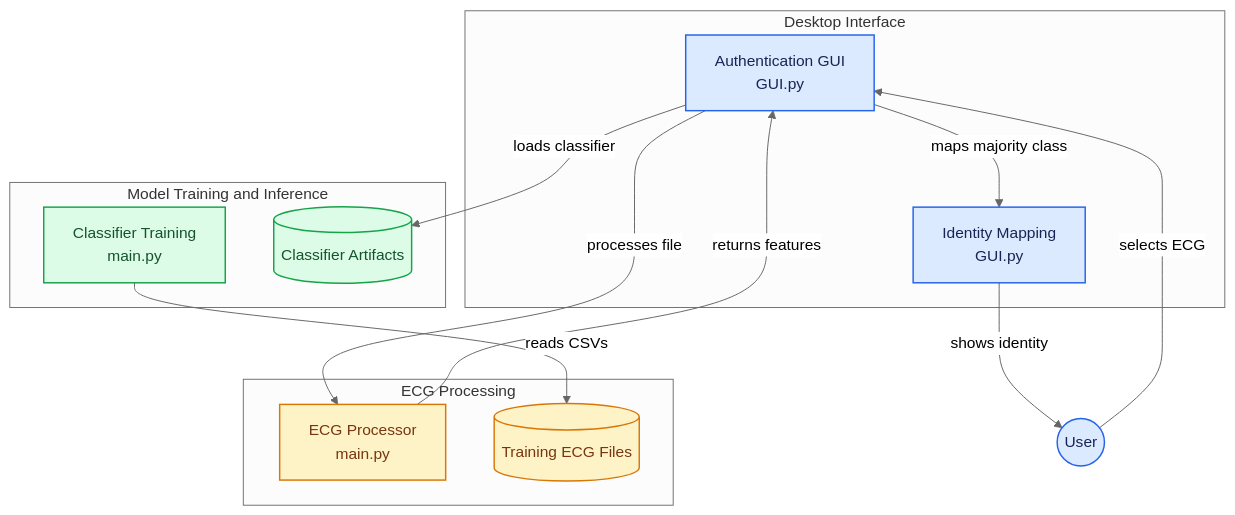
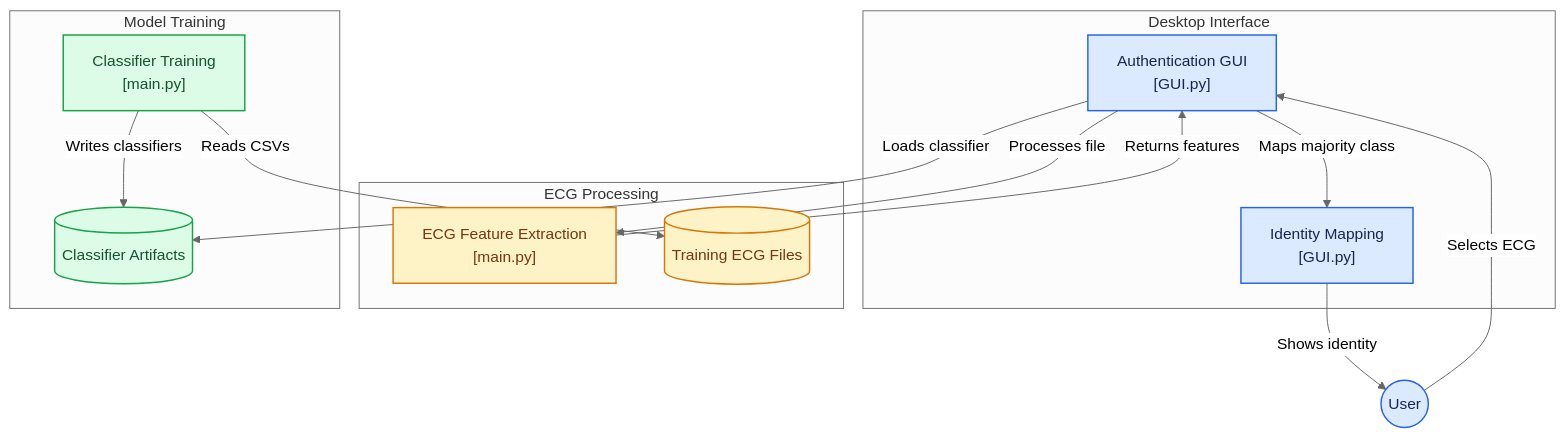
Before and after one commit to yassakamille/ECG_Personal_Info_lock: the diagram in README.md, drawn with Mermaid (neutral theme). The commit also changed other lines of this file, not shown here.

````diff
--- a/README.md
+++ b/README.md
@@ -7,47 +8,48 @@
 ```mermaid
 flowchart TD
 
 subgraph group_interface["Desktop Interface"]
-  node_gui["Authentication GUI<br/>GUI.py"]
-  node_identity["Identity Mapping<br/>GUI.py"]
+  node_gui["Authentication GUI<br/>[GUI.py]"]
+  node_identity["Identity Mapping<br/>[GUI.py]"]
 end
 
 subgraph group_signal["ECG Processing"]
-  node_processor["ECG Processor<br/>main.py"]
+  node_processor["ECG Feature Extraction<br/>[main.py]"]
   node_training_data[("Training ECG Files")]
 end
 
-subgraph group_learning["Model Training and Inference"]
-  node_training["Classifier Training<br/>main.py"]
+subgraph group_learning["Model Training"]
+  node_training["Classifier Training<br/>[main.py]"]
   node_models[("Classifier Artifacts")]
 end
 
 node_user(("User"))
 
-node_user -->|"selects ECG"| node_gui
-node_gui -->|"processes file"| node_processor
-node_processor -->|"returns features"| node_gui
-node_training -->|"reads CSVs"| node_training_data
-node_gui -->|"loads classifier"| node_models
-node_gui -->|"maps majority class"| node_identity
-node_identity -->|"shows identity"| node_user
+node_user -->|"Selects ECG"| node_gui
+node_gui -->|"Processes file"| node_processor
+node_processor -->|"Returns features"| node_gui
+node_gui -->|"Loads classifier"| node_models
+node_gui -->|"Maps majority class"| node_identity
+node_identity -->|"Shows identity"| node_user
+node_training -->|"Reads CSVs"| node_training_data
+node_training -->|"Writes classifiers"| node_models
 
 click node_gui "https://github.com/yassakamille/ecg_personal_info_lock/blob/main/GUI.py"
+click node_identity "https://github.com/yassakamille/ecg_personal_info_lock/blob/main/GUI.py"
 click node_processor "https://github.com/yassakamille/ecg_personal_info_lock/blob/main/main.py"
 click node_training_data "https://github.com/yassakamille/ecg_personal_info_lock/tree/main/data"
 click node_training "https://github.com/yassakamille/ecg_personal_info_lock/blob/main/main.py"
 click node_models "https://github.com/yassakamille/ecg_personal_info_lock/tree/main/models"
-click node_identity "https://github.com/yassakamille/ecg_personal_info_lock/blob/main/GUI.py"
 
 classDef toneNeutral fill:#f8fafc,stroke:#334155,stroke-width:1.5px,color:#0f172a
 classDef toneBlue fill:#dbeafe,stroke:#2563eb,stroke-width:1.5px,color:#172554
 classDef toneAmber fill:#fef3c7,stroke:#d97706,stroke-width:1.5px,color:#78350f
 classDef toneMint fill:#dcfce7,stroke:#16a34a,stroke-width:1.5px,color:#14532d
 classDef toneRose fill:#ffe4e6,stroke:#e11d48,stroke-width:1.5px,color:#881337
 classDef toneIndigo fill:#e0e7ff,stroke:#4f46e5,stroke-width:1.5px,color:#312e81
 classDef toneTeal fill:#ccfbf1,stroke:#0f766e,stroke-width:1.5px,color:#134e4a
 
 class node_gui,node_identity,node_user toneBlue
 class node_processor,node_training_data toneAmber
 class node_training,node_models toneMint
 ```
````
